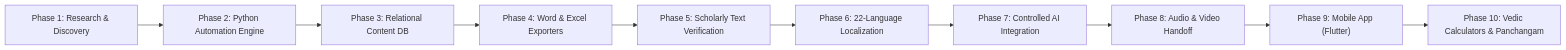
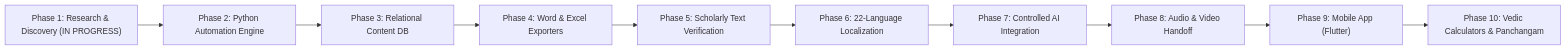
Before and after one commit to thegr8gv1/vedam: the second of 2 diagrams in documentation/project_roadmap/MASTER_PLAN.md, drawn with Mermaid. The commit also changed other lines of this file and 6 other files, not shown here.

````diff
--- a/documentation/project_roadmap/MASTER_PLAN.md
+++ b/documentation/project_roadmap/MASTER_PLAN.md
@@ -60,12 +60,12 @@
 ```mermaid
 flowchart LR
-    P1["Phase 1: Research & Discovery"] --> P2["Phase 2: Python Automation Engine"]
+    P1["Phase 1: Research & Discovery (IN PROGRESS)"] --> P2["Phase 2: Python Automation Engine"]
     P2 --> P3["Phase 3: Relational Content DB"]
     P3 --> P4["Phase 4: Word & Excel Exporters"]
     P4 --> P5["Phase 5: Scholarly Text Verification"]
     P5 --> P6["Phase 6: 22-Language Localization"]
     P6 --> P7["Phase 7: Controlled AI Integration"]
     P7 --> P8["Phase 8: Audio & Video Handoff"]
     P8 --> P9["Phase 9: Mobile App (Flutter)"]
     P9 --> P10["Phase 10: Vedic Calculators & Panchangam"]
 ```
````
